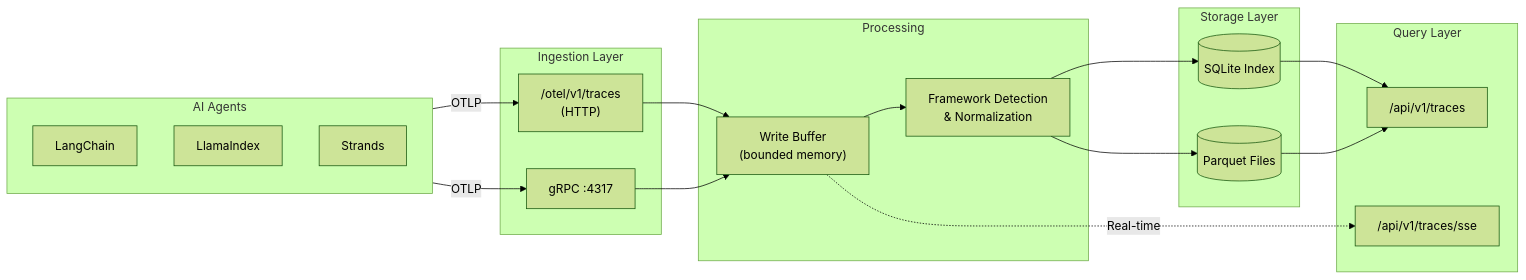
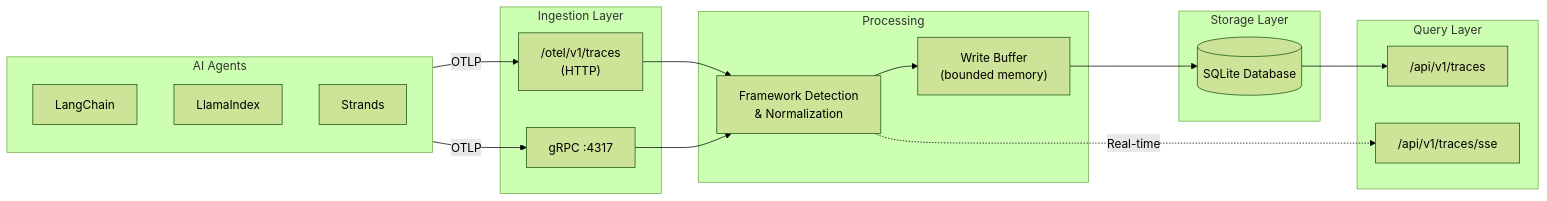
One commit to sideseat/sideseat changed the diagram in docs/src/content/docs/reference/otel.md. Above: the diagram before and after it, drawn with Mermaid (forest theme). The commit also changed other lines of this file and 62 other files, not shown here.

````diff
--- a/docs/src/content/docs/reference/otel.md
+++ b/docs/src/content/docs/reference/otel.md
@@ -10,39 +10,36 @@
 ```mermaid
 flowchart LR
     subgraph Agents["AI Agents"]
         A1[LangChain]
         A2[LlamaIndex]
         A3[Strands]
     end
 
     subgraph Ingest["Ingestion Layer"]
         HTTP["/otel/v1/traces<br/>(HTTP)"]
         GRPC["gRPC :4317"]
     end
 
     subgraph Processing["Processing"]
+        Normalize["Framework Detection<br/>& Normalization"]
         Buffer["Write Buffer<br/>(bounded memory)"]
-        Normalize["Framework Detection<br/>& Normalization"]
     end
 
     subgraph Storage["Storage Layer"]
-        SQLite[(SQLite Index)]
-        Parquet[(Parquet Files)]
+        SQLite[(SQLite Database)]
     end
 
     subgraph Query["Query Layer"]
         API["/api/v1/traces"]
         SSE["/api/v1/traces/sse"]
     end
 
     Agents -->|OTLP| HTTP
     Agents -->|OTLP| GRPC
-    HTTP --> Buffer
-    GRPC --> Buffer
-    Buffer --> Normalize
-    Normalize --> SQLite
-    Normalize --> Parquet
+    HTTP --> Normalize
+    GRPC --> Normalize
+    Normalize -.->|Real-time| SSE
+    Normalize --> Buffer
+    Buffer --> SQLite
     SQLite --> API
-    Parquet --> API
-    Buffer -.->|Real-time| SSE
 ```
````
